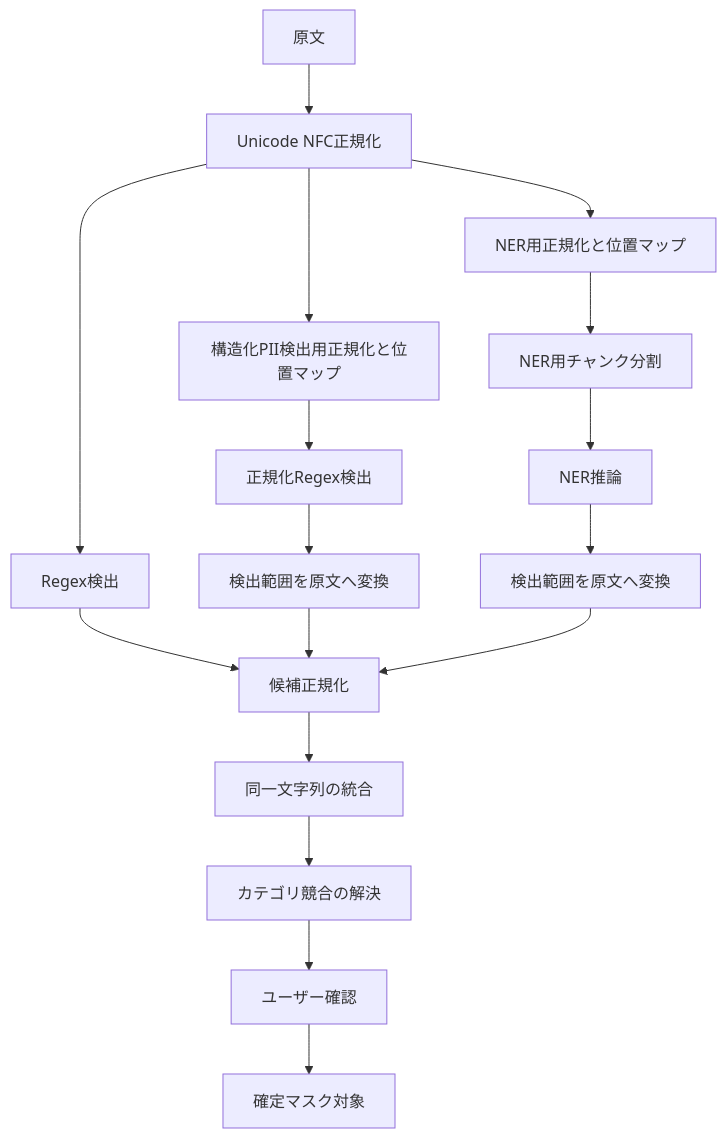
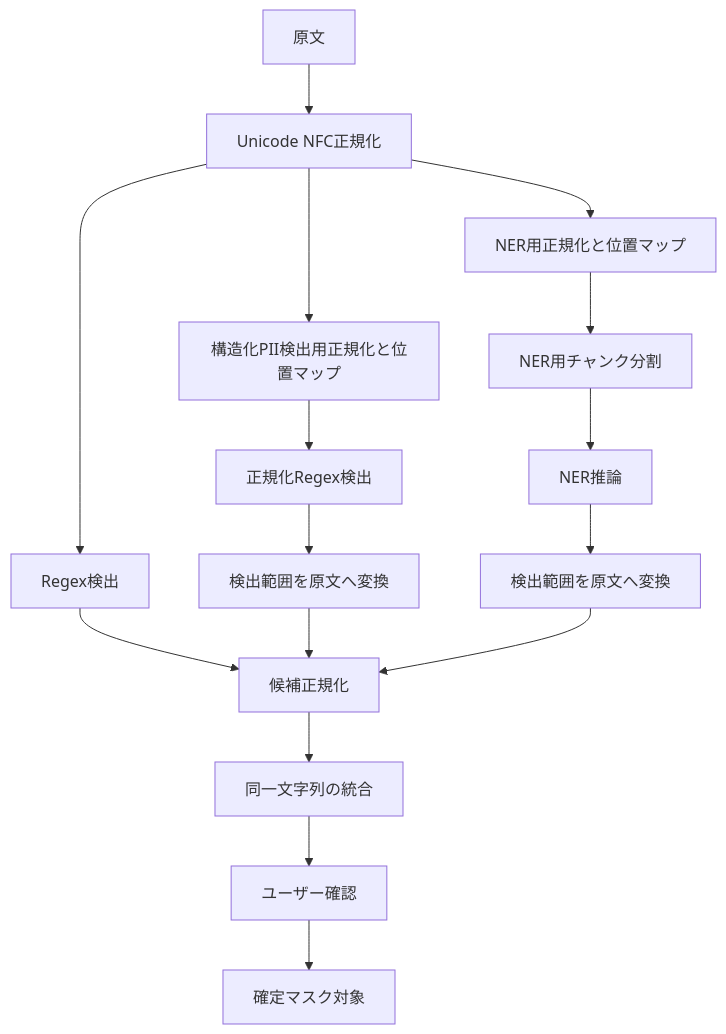
The third of 5 diagrams in docs/architecture.md (Bamboosato/local-pii-masker), drawn with Mermaid before and after one commit. The commit also changed other lines of this file and 32 other files, not shown here.

````diff
--- a/docs/architecture.md
+++ b/docs/architecture.md
@@ -281,19 +287,18 @@
 ```mermaid
 flowchart TD
     A[原文] --> B[Unicode NFC正規化]
     B --> C[Regex検出]
     B --> K[構造化PII検出用正規化と位置マップ]
     K --> L[正規化Regex検出]
     L --> M[検出範囲を原文へ変換]
     B --> N[NER用正規化と位置マップ]
     N --> D[NER用チャンク分割]
     D --> E[NER推論]
     E --> O[検出範囲を原文へ変換]
     C --> F[候補正規化]
     M --> F
     O --> F
     F --> G[同一文字列の統合]
-    G --> H[カテゴリ競合の解決]
-    H --> I[ユーザー確認]
-    I --> J[確定マスク対象]
+    G --> H[ユーザー確認]
+    H --> I[確定マスク対象]
 ```
````
